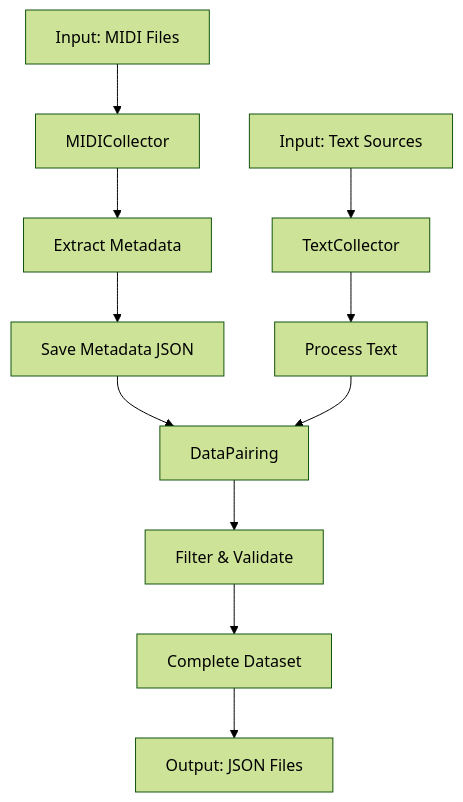
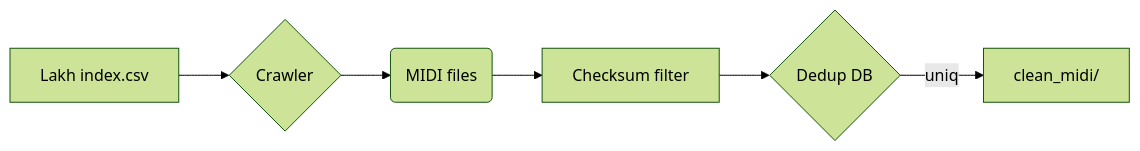
Before and after one commit to Baottq-dev/Hierarchical_Music_Transformer: the diagram in docs/01_DATA_COLLECTION_REPORT.md, drawn with Mermaid (forest theme). The commit also changed other lines of this file and 11 other files, not shown here.

````diff
--- a/docs/01_DATA_COLLECTION_REPORT.md
+++ b/docs/01_DATA_COLLECTION_REPORT.md
@@ -22,13 +29,8 @@
 ```mermaid
-graph TD
-    A[Input: MIDI Files] --> B[MIDICollector]
-    B --> C[Extract Metadata]
-    C --> D[Save Metadata JSON]
-    E[Input: Text Sources] --> F[TextCollector]
-    F --> G[Process Text]
-    D --> H[DataPairing]
-    G --> H
-    H --> I[Filter & Validate]
-    I --> J[Complete Dataset]
-    J --> K[Output: JSON Files]
+graph LR
+  A[Lakh index.csv] --> B{Crawler}
+  B --> C(MIDI files)
+  C --> D[Checksum filter]
+  D --> E{Dedup DB}
+  E --uniq--> F[clean_midi/]
 ```
````
